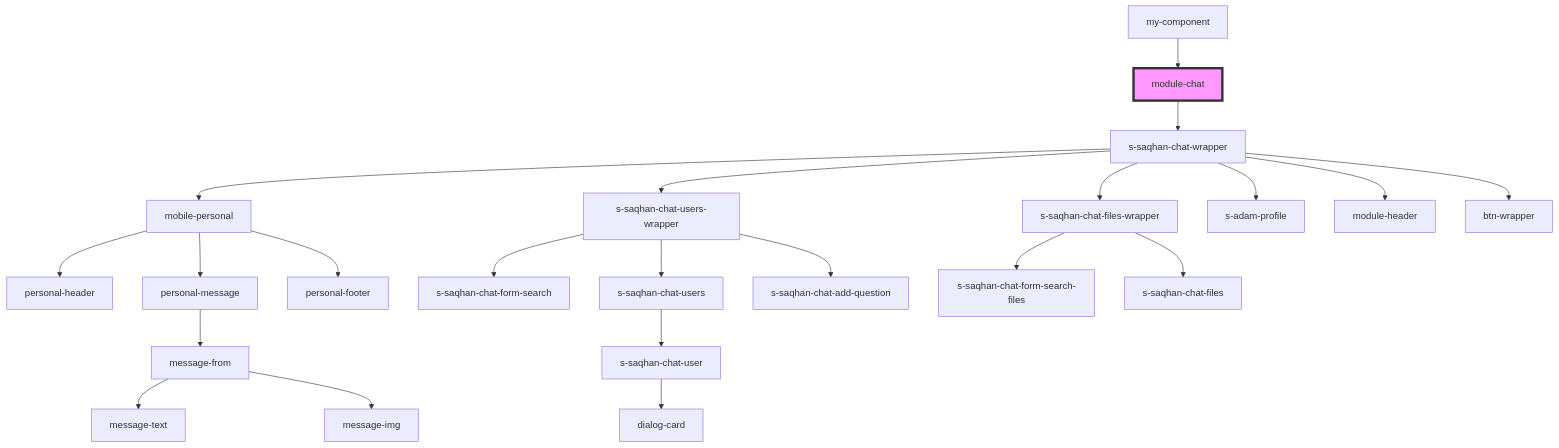
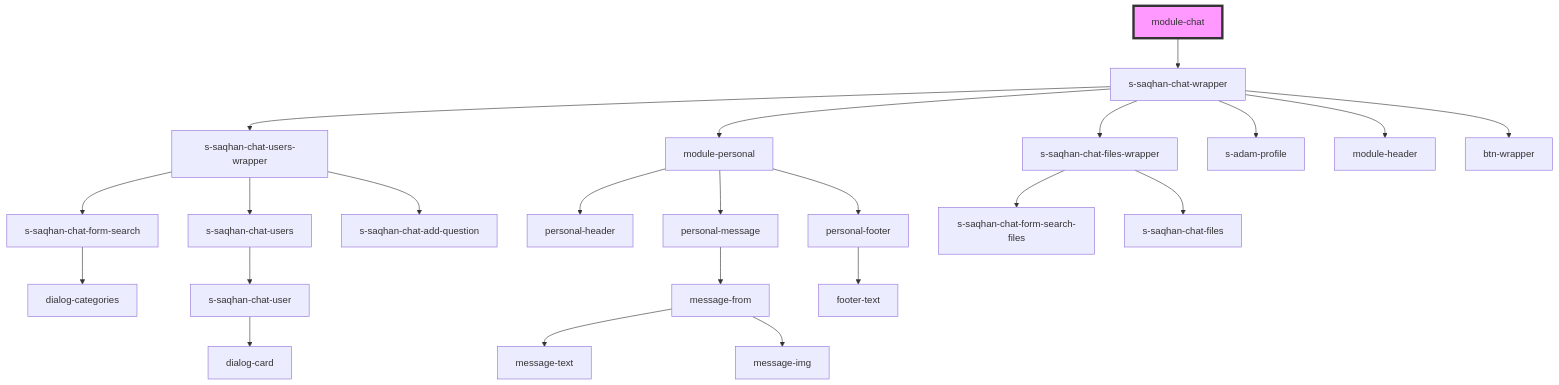
The diagram in src/components/module/module-chat/readme.md (saqhan/stencil-chat), drawn with Mermaid before and after one commit. The commit also changed other lines of this file and 24 other files, not shown here.

````diff
--- a/src/components/module/module-chat/readme.md
+++ b/src/components/module/module-chat/readme.md
@@ -19,25 +15,26 @@
 ```mermaid
 graph TD;
   module-chat --> s-saqhan-chat-wrapper
-  s-saqhan-chat-wrapper --> mobile-personal
   s-saqhan-chat-wrapper --> s-saqhan-chat-users-wrapper
+  s-saqhan-chat-wrapper --> module-personal
   s-saqhan-chat-wrapper --> s-saqhan-chat-files-wrapper
   s-saqhan-chat-wrapper --> s-adam-profile
   s-saqhan-chat-wrapper --> module-header
   s-saqhan-chat-wrapper --> btn-wrapper
-  mobile-personal --> personal-header
-  mobile-personal --> personal-message
-  mobile-personal --> personal-footer
+  s-saqhan-chat-users-wrapper --> s-saqhan-chat-form-search
+  s-saqhan-chat-users-wrapper --> s-saqhan-chat-users
+  s-saqhan-chat-users-wrapper --> s-saqhan-chat-add-question
+  s-saqhan-chat-form-search --> dialog-categories
+  s-saqhan-chat-users --> s-saqhan-chat-user
+  s-saqhan-chat-user --> dialog-card
+  module-personal --> personal-header
+  module-personal --> personal-message
+  module-personal --> personal-footer
   personal-message --> message-from
   message-from --> message-text
   message-from --> message-img
-  s-saqhan-chat-users-wrapper --> s-saqhan-chat-form-search
-  s-saqhan-chat-users-wrapper --> s-saqhan-chat-users
-  s-saqhan-chat-users-wrapper --> s-saqhan-chat-add-question
-  s-saqhan-chat-users --> s-saqhan-chat-user
-  s-saqhan-chat-user --> dialog-card
+  personal-footer --> footer-text
   s-saqhan-chat-files-wrapper --> s-saqhan-chat-form-search-files
   s-saqhan-chat-files-wrapper --> s-saqhan-chat-files
-  my-component --> module-chat
   style module-chat fill:#f9f,stroke:#333,stroke-width:4px
 ```
````
